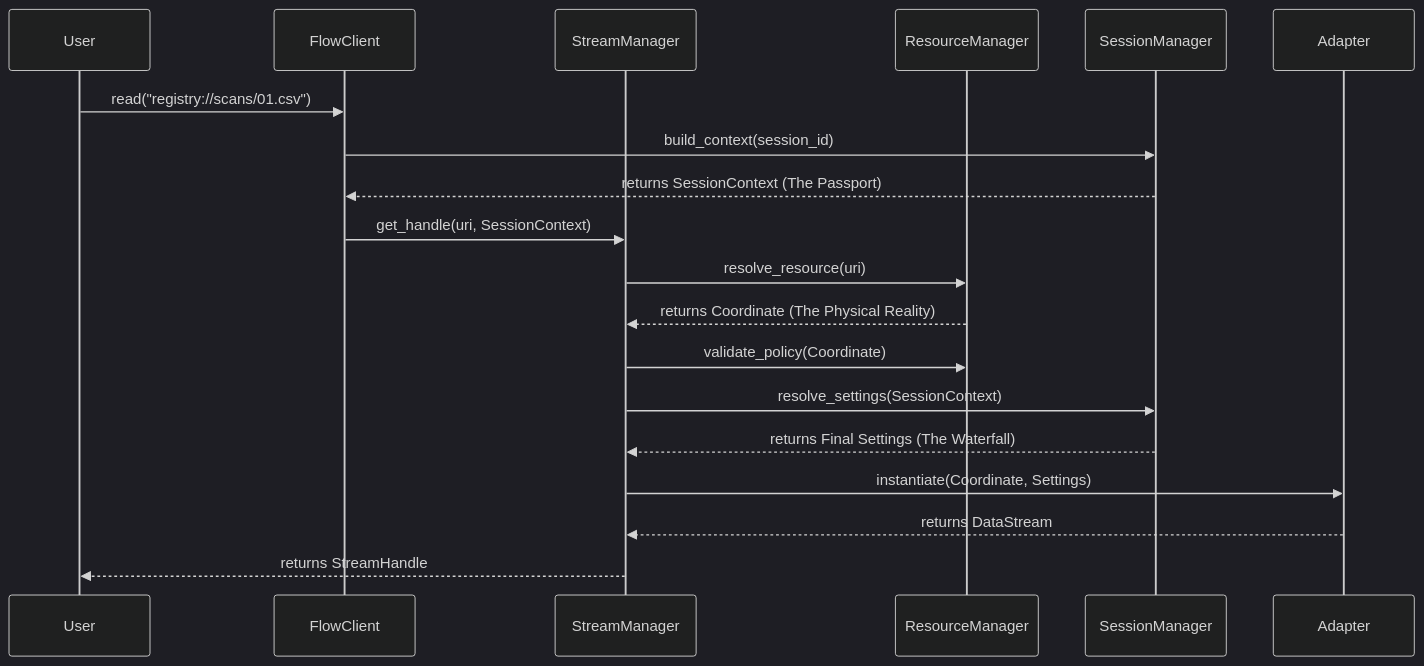
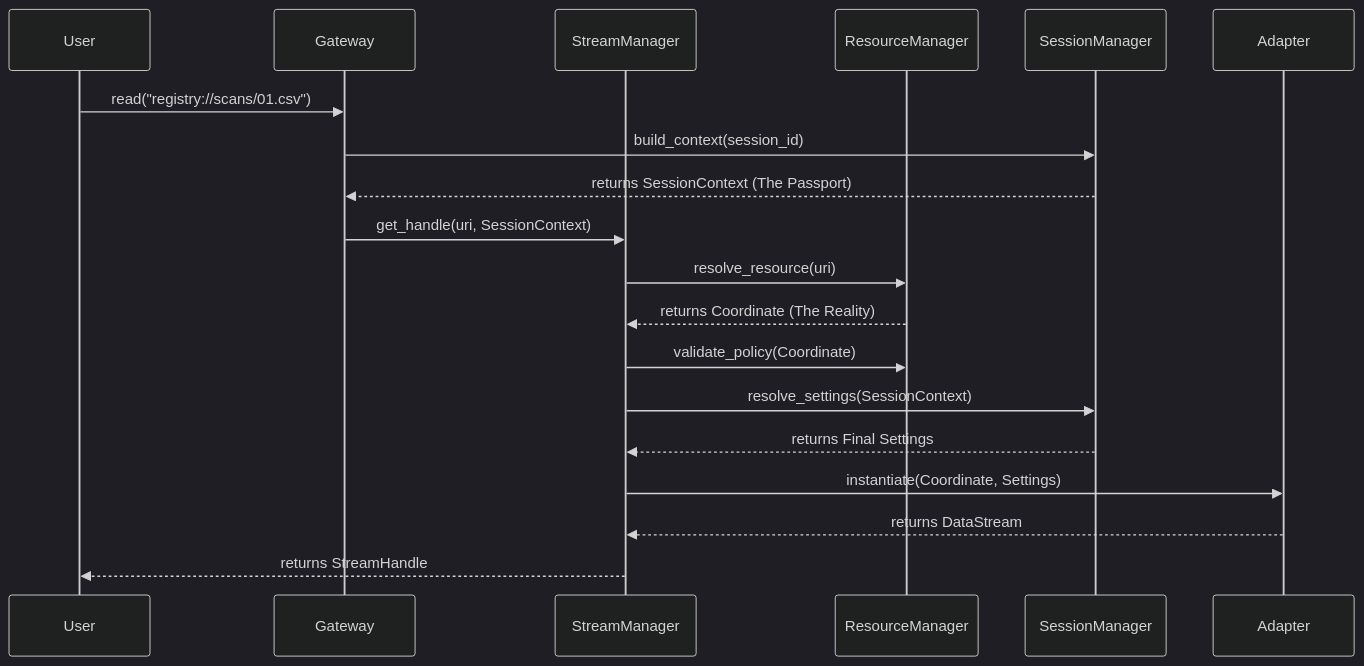
One commit to mnaatjes/etl-pipeline changed the second of 2 diagrams in docs/architecture/README.md. Above: the diagram before and after it, drawn with Mermaid (dark theme). The commit also changed other lines of this file and 5 other files, not shown here.

````diff
--- a/docs/architecture/README.md
+++ b/docs/architecture/README.md
@@ -57,28 +53,28 @@
 ```mermaid
 sequenceDiagram
     participant User
-    participant FC as FlowClient
+    participant GW as Gateway
     participant SM as StreamManager
     participant RM as ResourceManager
     participant SN as SessionManager
     participant AD as Adapter
 
-    User->>FC: read("registry://scans/01.csv")
-    FC->>SN: build_context(session_id)
-    SN-->>FC: returns SessionContext (The Passport)
+    User->>GW: read("registry://scans/01.csv")
+    GW->>SN: build_context(session_id)
+    SN-->>GW: returns SessionContext (The Passport)
     
-    FC->>SM: get_handle(uri, SessionContext)
+    GW->>SM: get_handle(uri, SessionContext)
     
     SM->>RM: resolve_resource(uri)
-    RM-->>SM: returns Coordinate (The Physical Reality)
+    RM-->>SM: returns Coordinate (The Reality)
     
     SM->>RM: validate_policy(Coordinate)
     
     SM->>SN: resolve_settings(SessionContext)
-    SN-->>SM: returns Final Settings (The Waterfall)
+    SN-->>SM: returns Final Settings
     
     SM->>AD: instantiate(Coordinate, Settings)
     AD-->>SM: returns DataStream
     
     SM-->>User: returns StreamHandle
 ```
````
